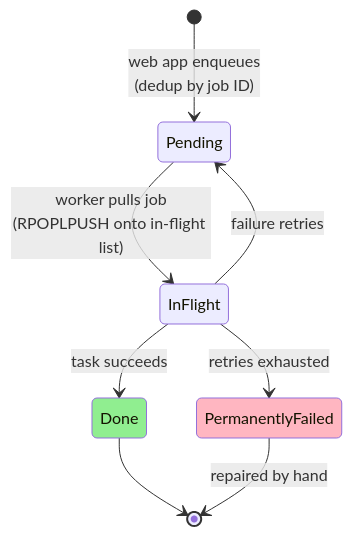
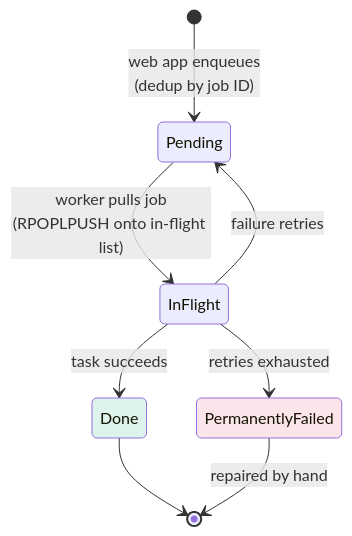
One commit to cartmancodes/InterviewVault changed the first of 2 diagrams in LLD/SystemDesign/IntheWild/HowSlackPutKafkaInFrontOfItsRedisJobQueue.md. Above: the diagram before and after it, drawn with Mermaid. The commit also changed 679 other files, not shown here.

Commit message:
Unify content diagrams and add accessible visual walkthroughs

````diff
--- a/LLD/SystemDesign/IntheWild/HowSlackPutKafkaInFrontOfItsRedisJobQueue.md
+++ b/LLD/SystemDesign/IntheWild/HowSlackPutKafkaInFrontOfItsRedisJobQueue.md
@@ -44,15 +44,15 @@
 ```mermaid
 stateDiagram-v2
     [*] --> Pending: web app enqueues<br/>(dedup by job ID)
     Pending --> InFlight: worker pulls job<br/>(RPOPLPUSH onto in-flight list)
     InFlight --> Done: task succeeds
     InFlight --> Pending: failure retries
     InFlight --> PermanentlyFailed: retries exhausted
     Done --> [*]
     PermanentlyFailed --> [*]: repaired by hand
 
-    classDef bad fill:#FFB6C1
-    classDef good fill:#90EE90
+    classDef bad fill:#FCE5EA
+    classDef good fill:#DDF3EC
     class PermanentlyFailed bad
     class Done good
 ```
````
